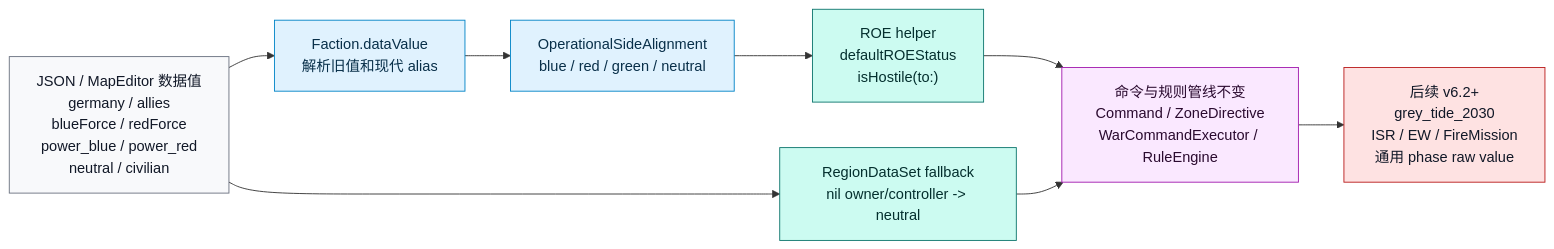
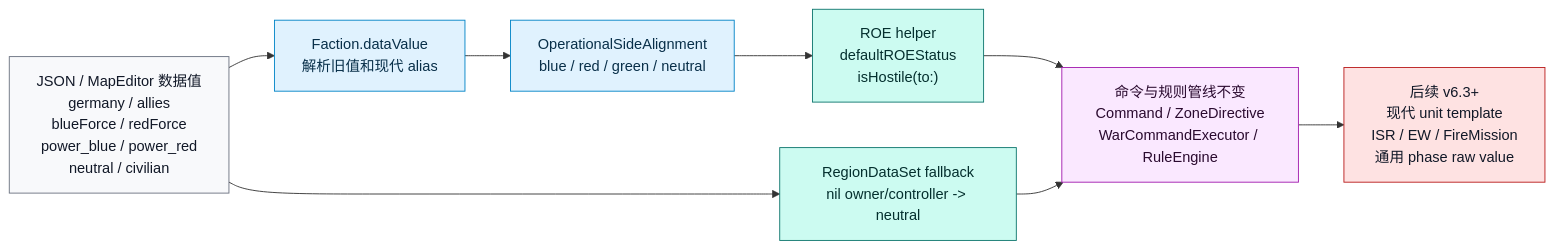
One commit to Altman-sam114/127 changed the third of 12 diagrams in md/flow/flowchart.md. Above: the diagram before and after it, drawn with Mermaid. The commit also changed other lines of this file and 11 other files, not shown here.

Commit message:
feat(v6): add grey tide scenario seed

````diff
--- a/md/flow/flowchart.md
+++ b/md/flow/flowchart.md
@@ -90,20 +90,20 @@
 ```mermaid
 flowchart LR
     DATA["JSON / MapEditor 数据值<br/>germany / allies<br/>blueForce / redForce<br/>power_blue / power_red<br/>neutral / civilian"]:::data
     FACTION["Faction.dataValue<br/>解析旧值和现代 alias"]:::state
     ALIGN["OperationalSideAlignment<br/>blue / red / green / neutral"]:::state
     ROE["ROE helper<br/>defaultROEStatus<br/>isHostile(to:)"]:::rules
     REGION["RegionDataSet fallback<br/>nil owner/controller -> neutral"]:::rules
     PIPE["命令与规则管线不变<br/>Command / ZoneDirective<br/>WarCommandExecutor / RuleEngine"]:::command
-    TODO["后续 v6.2+<br/>grey_tide_2030<br/>ISR / EW / FireMission<br/>通用 phase raw value"]:::risk
+    TODO["后续 v6.3+<br/>现代 unit template<br/>ISR / EW / FireMission<br/>通用 phase raw value"]:::risk
 
     DATA --> FACTION --> ALIGN --> ROE --> PIPE
     DATA --> REGION --> PIPE
     PIPE --> TODO
 
     classDef data fill:#f8f9fb,stroke:#6b7280,color:#111827
     classDef state fill:#e0f2fe,stroke:#0284c7,color:#082f49
     classDef rules fill:#ccfbf1,stroke:#0f766e,color:#042f2e
     classDef command fill:#fae8ff,stroke:#a21caf,color:#2a0a2f
     classDef risk fill:#fee2e2,stroke:#b91c1c,color:#111827
 ```
````
